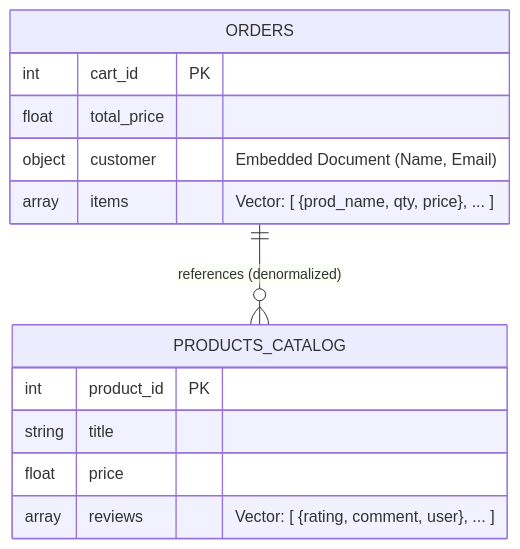
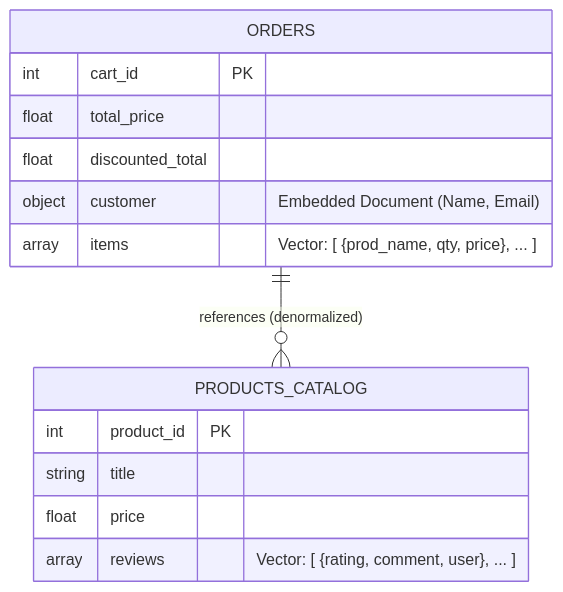
The second of 2 diagrams in queries/readme.md (BejenaruIoanMatei/ProiectP1-BigData-ML), drawn with Mermaid before and after one commit. The commit also changed 3 other files, not shown here.

````diff
--- a/queries/readme.md
+++ b/queries/readme.md
@@ -58,17 +58,18 @@
 ```mermaid
 erDiagram
     ORDERS {
         int cart_id PK
         float total_price
+        float discounted_total
         object customer "Embedded Document (Name, Email)"
         array items "Vector: [ {prod_name, qty, price}, ... ]"
     }
     PRODUCTS_CATALOG {
         int product_id PK
         string title
         float price
         array reviews "Vector: [ {rating, comment, user}, ... ]"
     }
 
     ORDERS ||--o{ PRODUCTS_CATALOG : "references (denormalized)"
 ```
````
